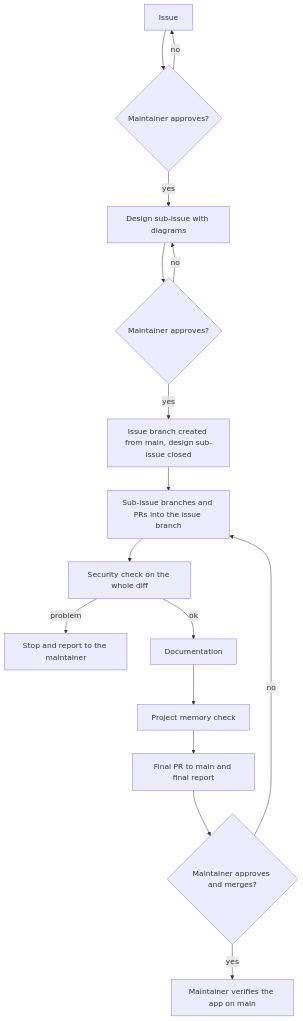
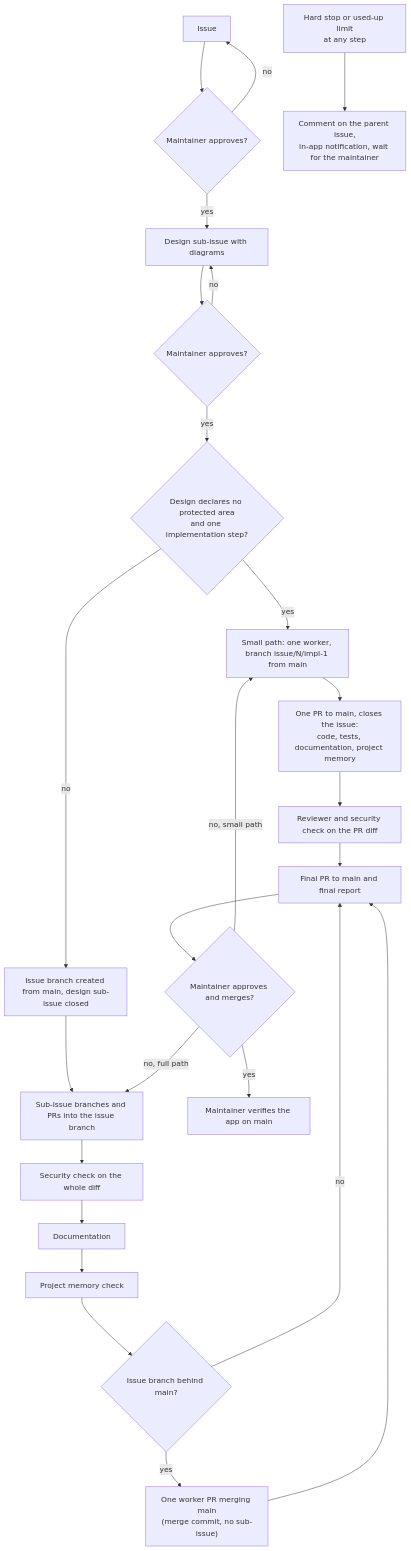
One commit to nuccio/google-tasks-enhancer changed the diagram in docs/maintainer-agent-workflow.md. Above: the diagram before and after it, drawn with Mermaid. The commit also changed other lines of this file and 2 other files, not shown here.

First line of the commit message:
Agent workflow: the maintainer intervenes only at the approvals and at the final PR (#119)

````diff
--- a/docs/maintainer-agent-workflow.md
+++ b/docs/maintainer-agent-workflow.md
@@ -25,18 +27,27 @@
 ```mermaid
 flowchart TD
     A[Issue] --> B{Maintainer approves?}
     B -- no --> A
     B -- yes --> C[Design sub-issue with diagrams]
     C --> D{Maintainer approves?}
     D -- no --> C
-    D -- yes --> E[Issue branch created from main, design sub-issue closed]
+    D -- yes --> P{"Design declares no protected area<br/>and one implementation step?"}
+    P -- yes --> S1["Small path: one worker, branch issue/N/impl-1 from main"]
+    S1 --> S2["One PR to main, closes the issue:<br/>code, tests, documentation, project memory"]
+    S2 --> S3["Reviewer and security check on the PR diff"]
+    S3 --> J
+    P -- no --> E[Issue branch created from main, design sub-issue closed]
     E --> F[Sub-issue branches and PRs into the issue branch]
     F --> G[Security check on the whole diff]
-    G -- problem --> S[Stop and report to the maintainer]
-    G -- ok --> H[Documentation]
+    G --> H[Documentation]
     H --> I[Project memory check]
-    I --> J[Final PR to main and final report]
+    I --> Y{Issue branch behind main?}
+    Y -- yes --> Z["One worker PR merging main<br/>(merge commit, no sub-issue)"]
+    Y -- no --> J
+    Z --> J[Final PR to main and final report]
     J --> K{Maintainer approves and merges?}
-    K -- no --> F
+    K -- "no, full path" --> F
+    K -- "no, small path" --> S1
     K -- yes --> L[Maintainer verifies the app on main]
+    X["Hard stop or used-up limit<br/>at any step"] --> N["Comment on the parent issue,<br/>in-app notification, wait for the maintainer"]
 ```
````
